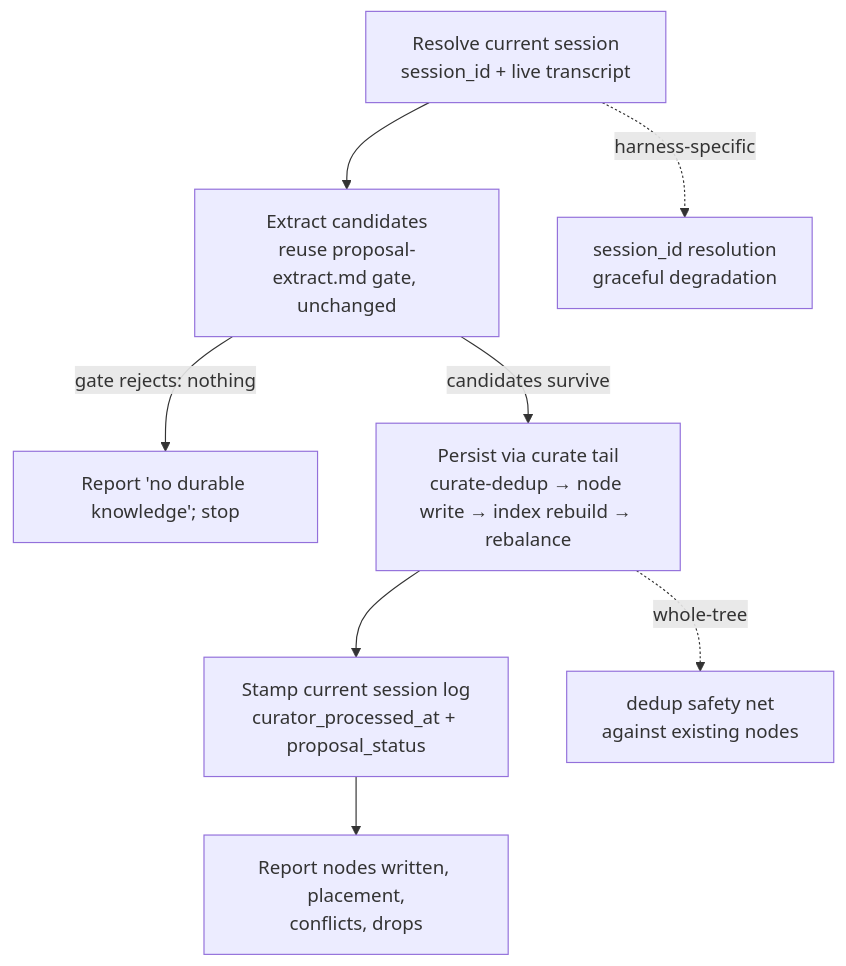
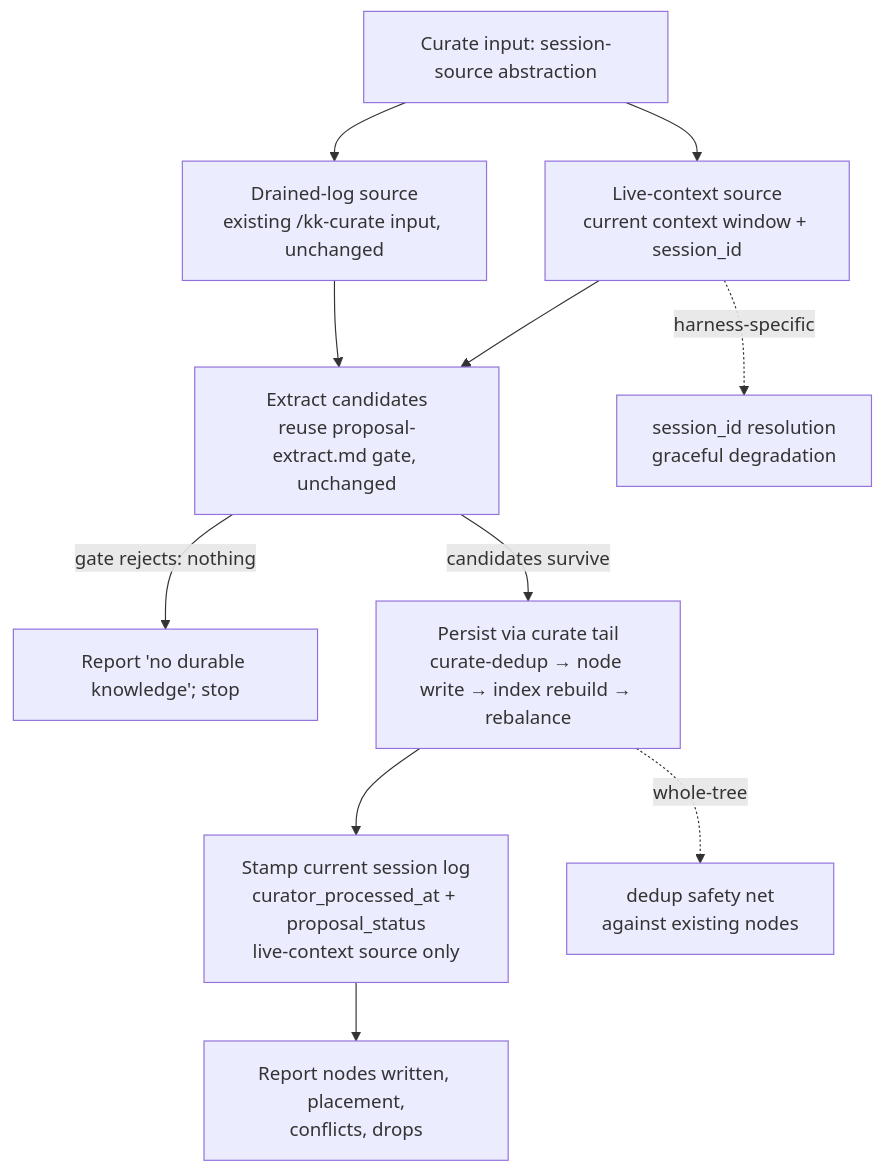
One commit to e0ipso/kenkeep changed the diagram in .ai/strikethroo/plans/53--session-knowledge-extraction-skill/plan-53--session-knowledge-extraction-skill.md. Above: the diagram before and after it, drawn with Mermaid. The commit also changed other lines of this file, not shown here.

First line of the commit message:
Make curate source abstraction explicit in plan 53

````diff
--- a/.ai/strikethroo/plans/53--session-knowledge-extraction-skill/plan-53--session-knowledge-extraction-skill.md
+++ b/.ai/strikethroo/plans/53--session-knowledge-extraction-skill/plan-53--session-knowledge-extraction-skill.md
@@ -63,10 +63,13 @@
 ```mermaid
 flowchart TD
-    A[Resolve current session<br/>session_id + live transcript] --> B[Extract candidates<br/>reuse proposal-extract.md gate, unchanged]
+    S[Curate input: session-source abstraction] --> A1[Drained-log source<br/>existing /kk-curate input, unchanged]
+    S --> A2[Live-context source<br/>current context window + session_id]
+    A1 --> B[Extract candidates<br/>reuse proposal-extract.md gate, unchanged]
+    A2 --> B
     B -->|gate rejects: nothing| Z[Report 'no durable knowledge'; stop]
     B -->|candidates survive| C[Persist via curate tail<br/>curate-dedup → node write → index rebuild → rebalance]
-    C --> D[Stamp current session log<br/>curator_processed_at + proposal_status]
+    C --> D[Stamp current session log<br/>curator_processed_at + proposal_status<br/>live-context source only]
     D --> E[Report nodes written, placement,<br/>conflicts, drops]
-    A -.harness-specific.-> F[session_id resolution<br/>graceful degradation]
+    A2 -.harness-specific.-> F[session_id resolution<br/>graceful degradation]
     C -.whole-tree.-> G[dedup safety net<br/>against existing nodes]
 ```
````
